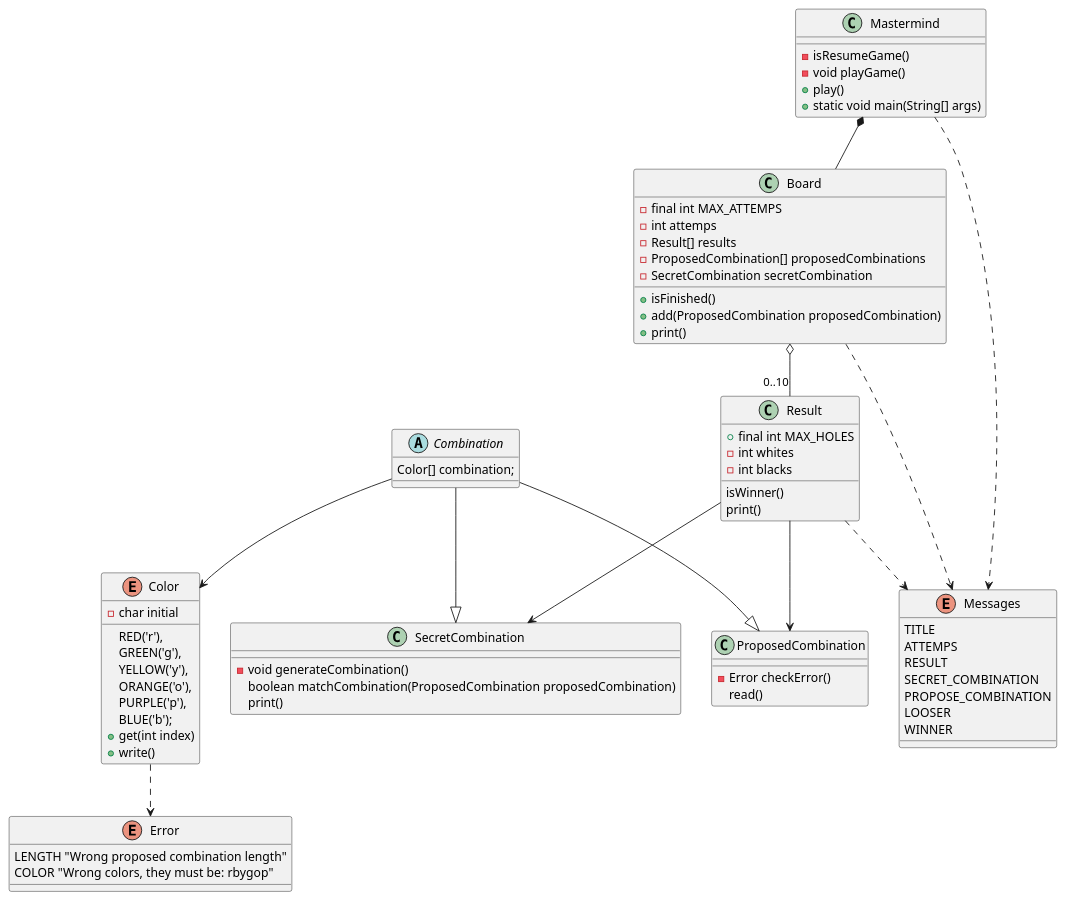
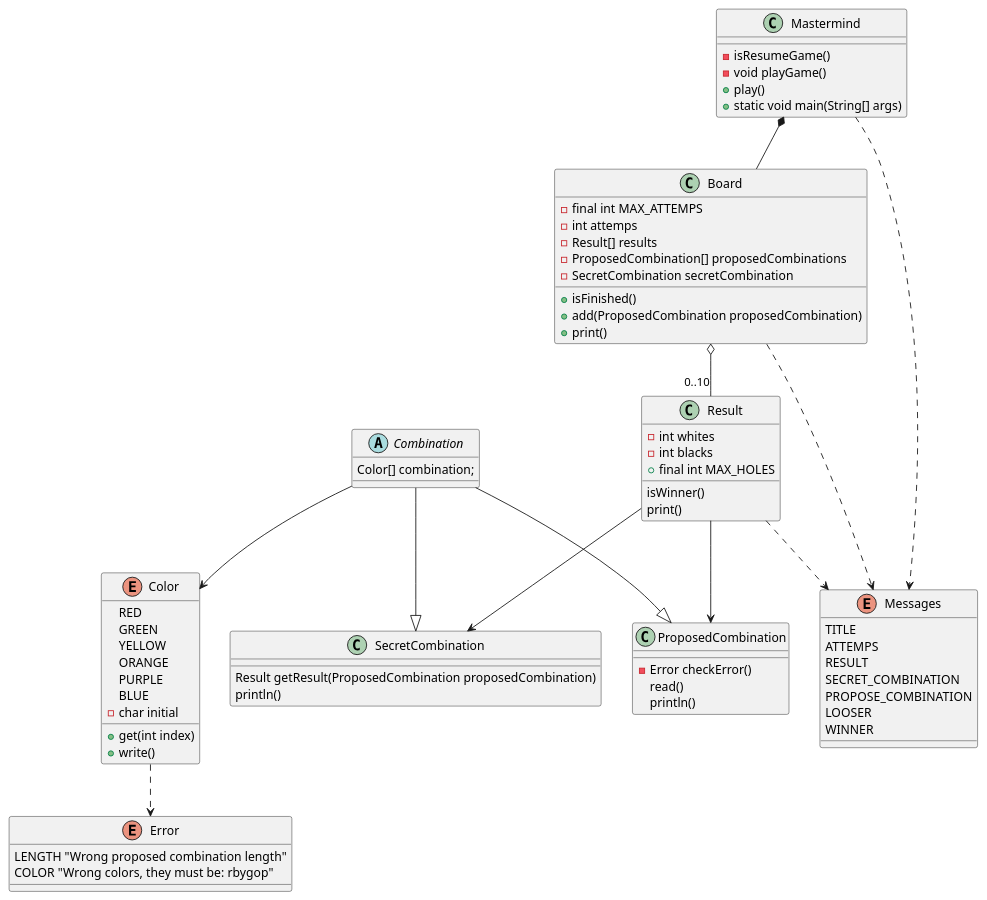
Before and after one commit to ivanzm/java-mastermind: the diagram in docs/clases.puml, drawn with PlantUML.

Commit message:
Update classModel with new methods

```diff
--- a/docs/clases.puml
+++ b/docs/clases.puml
@@ -1,82 +1,82 @@
 @startuml
 
 class Mastermind {
 - isResumeGame()
 - void playGame()
 + play()
 + static void main(String[] args)
 }
 
 class Board {
 - final int MAX_ATTEMPS
 - int attemps
 - Result[] results
 - ProposedCombination[] proposedCombinations
 - SecretCombination secretCombination
 + isFinished()
 + add(ProposedCombination proposedCombination)
 + print()
 }
 
 abstract class Combination {
 Color[] combination;
 }
 
 class SecretCombination {
-- void generateCombination()
-boolean matchCombination(ProposedCombination proposedCombination)
-print()
+Result getResult(ProposedCombination proposedCombination)
+println()
 }
 
 class ProposedCombination {
 - Error checkError()
 read()
+println()
 }
 
 class Result {
-+ final int MAX_HOLES
 - int whites
 - int blacks
++ final int MAX_HOLES
 isWinner()
 print()
 }
 
 enum Messages{
 TITLE
 ATTEMPS
 RESULT
 SECRET_COMBINATION
 PROPOSE_COMBINATION
 LOOSER
 WINNER
 }
 enum Color {
-RED('r'),
-GREEN('g'),
-YELLOW('y'),
-ORANGE('o'),
-PURPLE('p'),
-BLUE('b');
+RED
+GREEN
+YELLOW
+ORANGE
+PURPLE
+BLUE
 - char initial
 + get(int index)
 + write()
 
 }
 enum Error {
 LENGTH "Wrong proposed combination length"
 COLOR "Wrong colors, they must be: rbygop"
 }
 
 Mastermind *-- Board
 Board o-- "0..10" Result
 Combination --|> SecretCombination
 Combination --|> ProposedCombination
 Result --> SecretCombination
 Result --> ProposedCombination
 Combination --> Color
 Mastermind ..> Messages
 Board ..> Messages
 Result ..> Messages
 Color ..> Error
 
 @enduml
```
